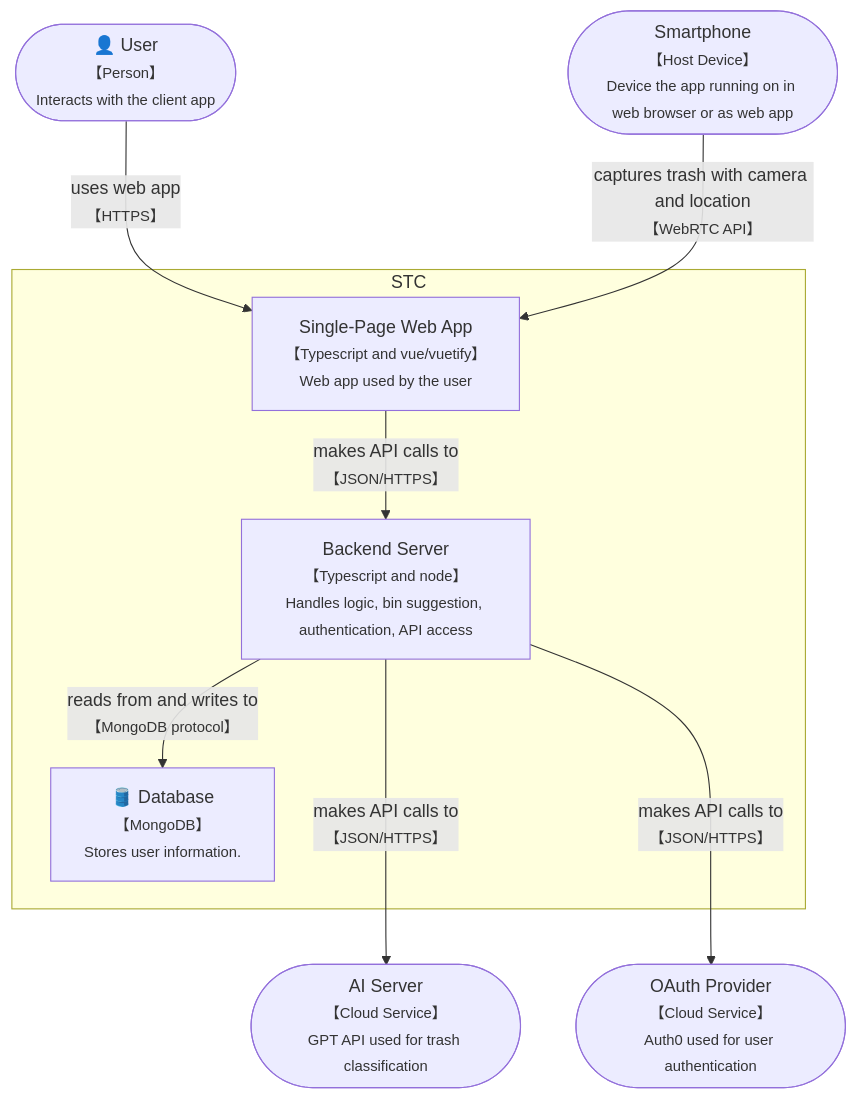
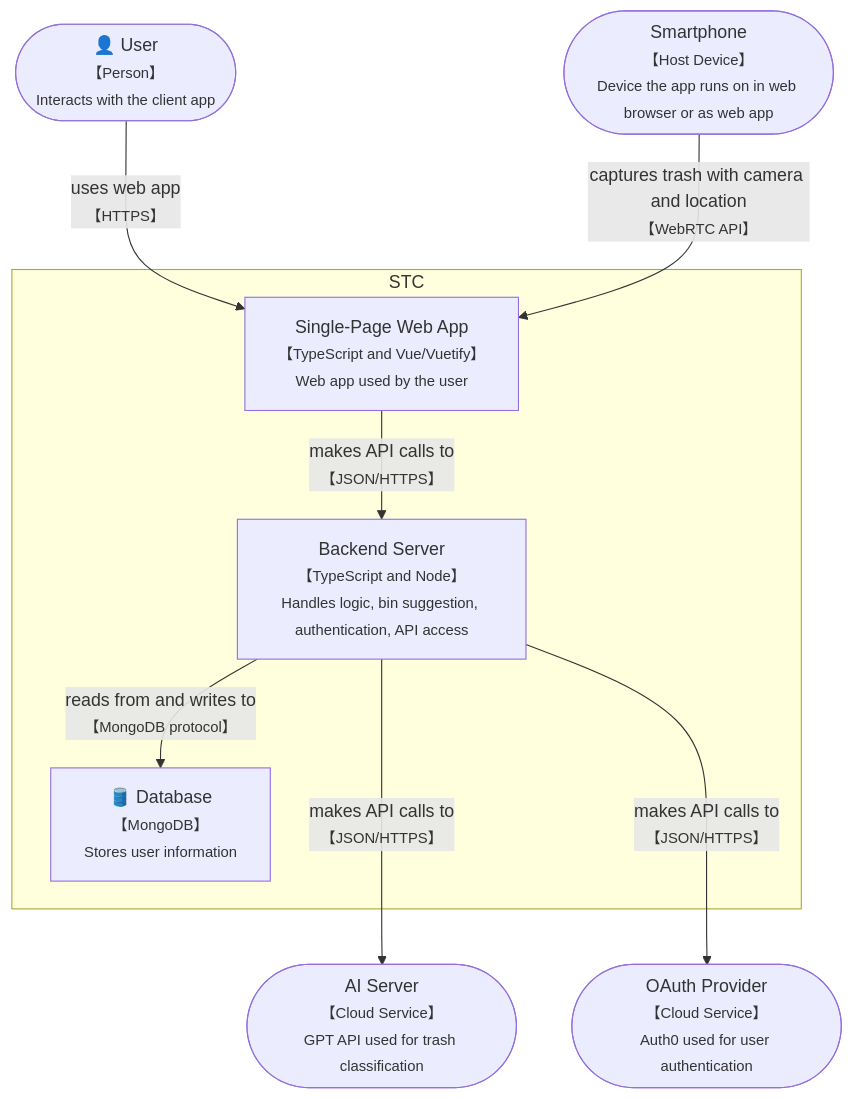
One commit to LeanSystemsLab/stc-app changed the second of 3 diagrams in docs/architecture.md. Above: the diagram before and after it, drawn with Mermaid. The commit also changed other lines of this file, not shown here.

````diff
--- a/docs/architecture.md
+++ b/docs/architecture.md
@@ -108,29 +109,29 @@
 ```mermaid
 flowchart TD
     %% External Actors
     user(["👤 User<br/><small>【Person】<br/>Interacts with the client app</small>"])
-    smartphone(["Smartphone<br/><small>【Host Device】<br/>Device the app running on in web browser or as web app</small>"])
+    smartphone(["Smartphone<br/><small>【Host Device】<br/>Device the app runs on in web browser or as web app</small>"])
     oauth(["OAuth Provider<br/><small>【Cloud Service】<br/>Auth0 used for user authentication</small>"])
     serverAI(["AI Server<br/><small>【Cloud Service】<br/>GPT API used for trash classification</small>"])
 
     %% Internal Containers
-    client["Single-Page Web App<br/><small>【Typescript and vue/vuetify】<br/>Web app used by the user</small>"]
-    db["🛢️ Database<br/><small>【MongoDB】<br/>Stores user information.</small>"]
+    client["Single-Page Web App<br/><small>【TypeScript and Vue/Vuetify】<br/>Web app used by the user</small>"]
+    db["🛢️ Database<br/><small>【MongoDB】<br/>Stores user information</small>"]
 
-    backend["Backend Server<br/><small>【Typescript and node】<br/>Handles logic, bin suggestion, authentication, API access</small>"]
+    backend["Backend Server<br/><small>【TypeScript and Node】<br/>Handles logic, bin suggestion, authentication, API access</small>"]
     
     %% Grouping: STC
     subgraph STC
         client
         backend
         db
     end
 
     %% Relationships
     user --> | uses web app<br/><small>【HTTPS】</small>| client
     client --> | makes API calls to<br/><small>【JSON/HTTPS】</small>| backend
     smartphone --> | captures trash with camera and location<br/><small>【WebRTC API】</small> |client
     backend --> | reads from and writes to<br/><small>【MongoDB protocol】</small> | db
     backend ---> | makes API calls to<br/><small>【JSON/HTTPS】</small> | serverAI
     backend ---> | makes API calls to<br/><small>【JSON/HTTPS】</small> | oauth
 ```
````
